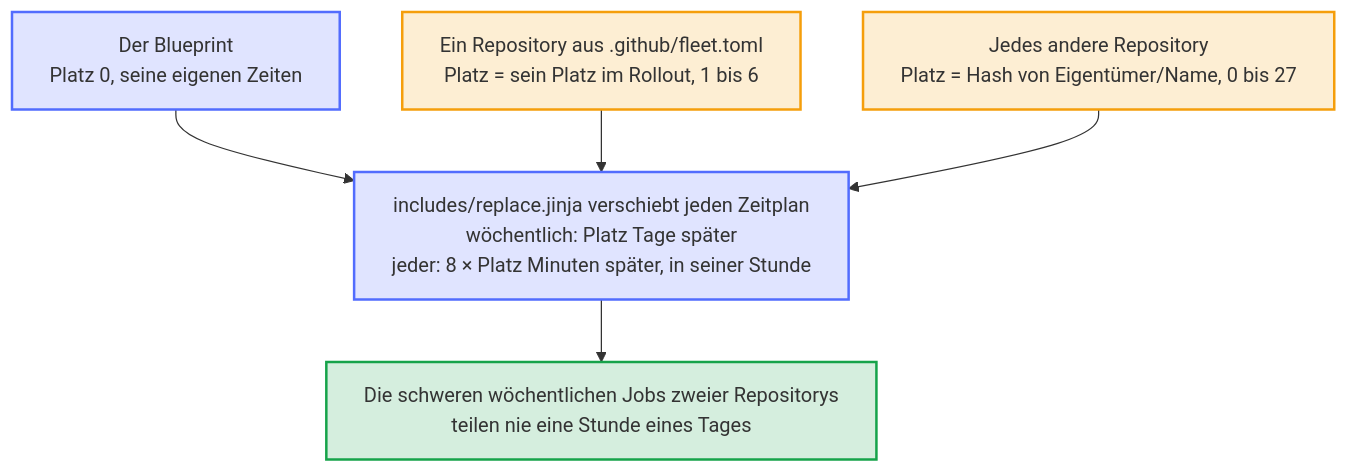
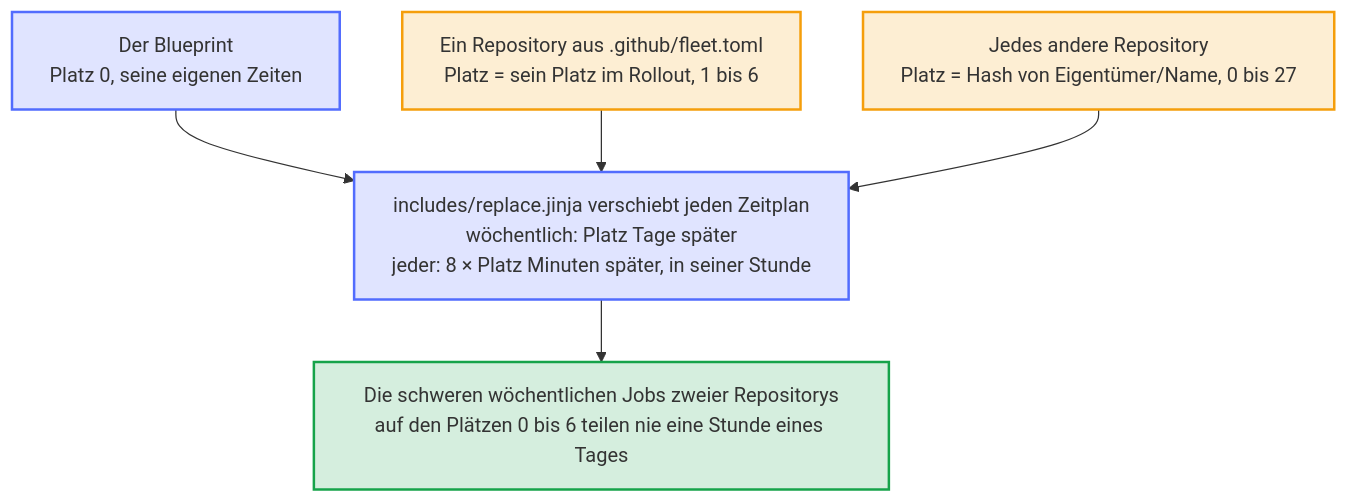
One commit to Dennis-Otto/repo-blueprint changed the diagram in docs/diagrams/when-the-schedules-of-a-repository-run.de.mmd. Above: the diagram before and after it, drawn with Mermaid. The commit also changed 9 other files, not shown here.

```diff
--- a/docs/diagrams/when-the-schedules-of-a-repository-run.de.mmd
+++ b/docs/diagrams/when-the-schedules-of-a-repository-run.de.mmd
@@ -1,26 +1,26 @@
 ---
 config:
   flowchart:
     wrappingWidth: 400
 ---
 flowchart TB
     accTitle: Wann die Zeitpläne eines Repositorys laufen
-    accDescr: Der Blueprint hat Platz 0, ein Repository des Verzeichnisses seinen Platz im Rollout, jedes andere Repository einen Platz aus dem Hash seines Eigentümers und Namens. Jeder wöchentliche Zeitplan verschiebt sich um so viele Tage, jeder Zeitplan um 8 Minuten für jeden innerhalb seiner Stunde, sodass die schweren wöchentlichen Jobs zweier Repositorys nie eine Stunde eines Tages teilen.
+    accDescr: Der Blueprint hat Platz 0, ein Repository des Verzeichnisses seinen Platz im Rollout, jedes andere Repository einen Platz aus dem Hash seines Eigentümers und Namens. Jeder wöchentliche Zeitplan verschiebt sich um so viele Tage, jeder Zeitplan um 8 Minuten für jeden innerhalb seiner Stunde, sodass die schweren wöchentlichen Jobs zweier Repositorys auf den Plätzen 0 bis 6 nie eine Stunde eines Tages teilen.
 
     blueprint["Der Blueprint<br>Platz 0, seine eigenen Zeiten"]
     fleet["Ein Repository aus .github/fleet.toml<br>Platz = sein Platz im Rollout, 1 bis 6"]
     other["Jedes andere Repository<br>Platz = Hash von Eigentümer/Name, 0 bis 27"]
     move["includes/replace.jinja verschiebt jeden Zeitplan<br>wöchentlich: Platz Tage später<br>jeder: 8 × Platz Minuten später, in seiner Stunde"]
-    result["Die schweren wöchentlichen Jobs zweier Repositorys<br>teilen nie eine Stunde eines Tages"]
+    result["Die schweren wöchentlichen Jobs zweier Repositorys<br>auf den Plätzen 0 bis 6 teilen nie eine Stunde eines Tages"]
 
     blueprint --> move
     fleet --> move
     other --> move
     move --> result
 
     classDef bot fill:#526cfe2e,stroke:#526cfe,stroke-width:2px
     classDef person fill:#f59e0b2e,stroke:#f59e0b,stroke-width:2px
     classDef done fill:#16a34a2e,stroke:#16a34a,stroke-width:2px
     class blueprint,move bot
     class fleet,other person
     class result done
```
